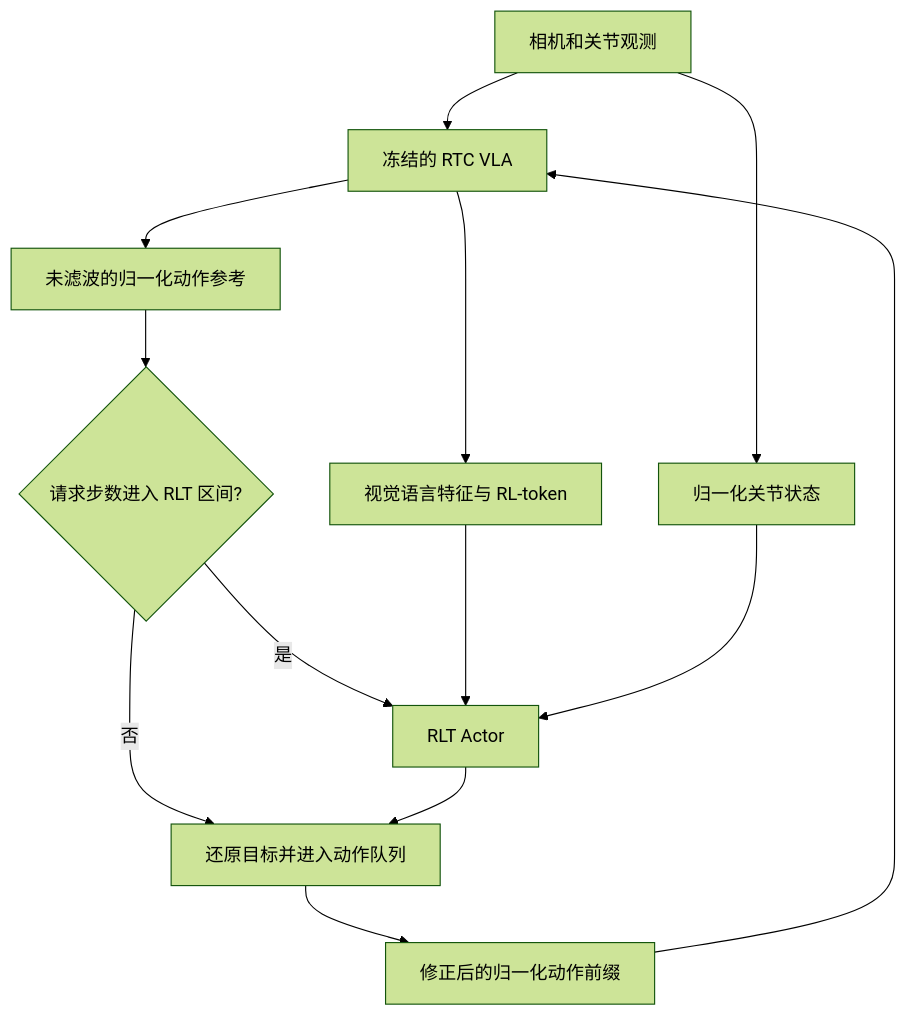
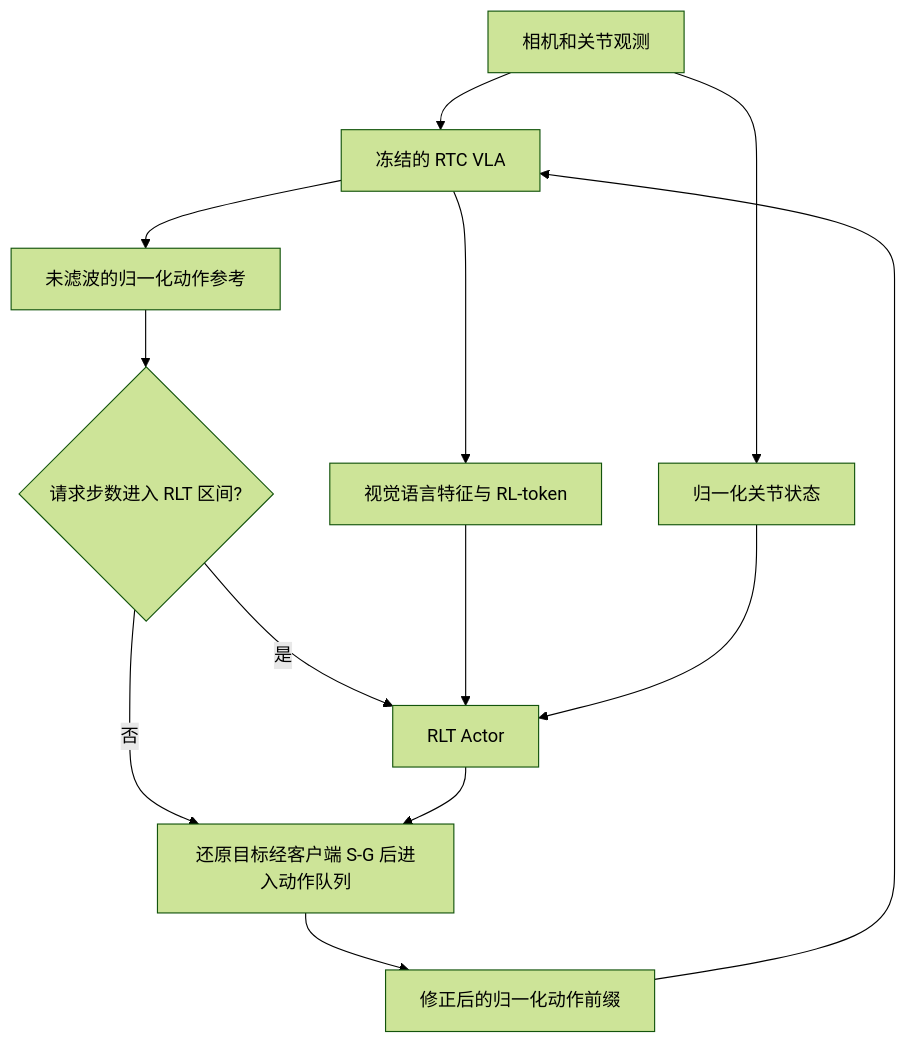
The diagram in RTC接入Evo-RLT工作文档.md (Fger23/Evo-RL-data), drawn with Mermaid (forest theme) before and after one commit. The commit also changed other lines of this file and 20 other files, not shown here.

````diff
--- a/RTC接入Evo-RLT工作文档.md
+++ b/RTC接入Evo-RLT工作文档.md
@@ -11,15 +11,15 @@
 ```mermaid
 flowchart TD
     O[相机和关节观测] --> V[冻结的 RTC VLA]
     V --> N[未滤波的归一化动作参考]
     V --> T[视觉语言特征与 RL-token]
     N --> G{请求步数进入 RLT 区间?}
     G -->|是| A[RLT Actor]
-    G -->|否| D[还原目标并进入动作队列]
+    G -->|否| D[还原目标经客户端 S-G 后进入动作队列]
     T --> A
     O --> P[归一化关节状态]
     P --> A
     A --> D
     D --> F[修正后的归一化动作前缀]
     F --> V
 ```
````
